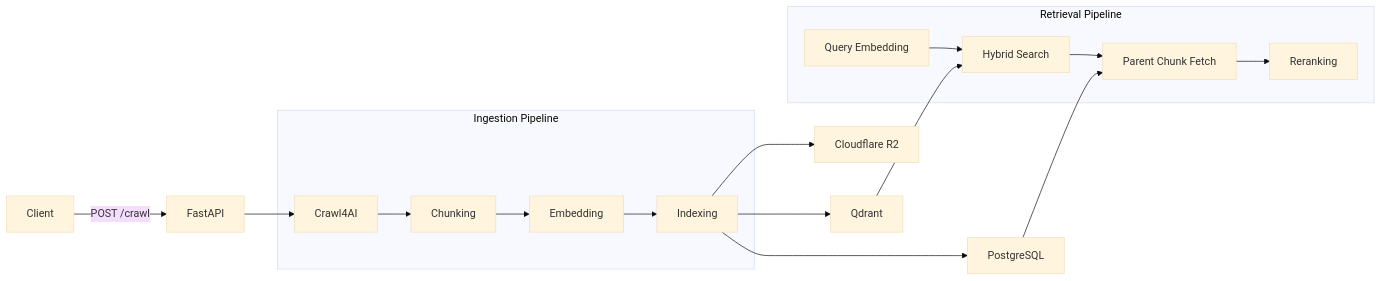
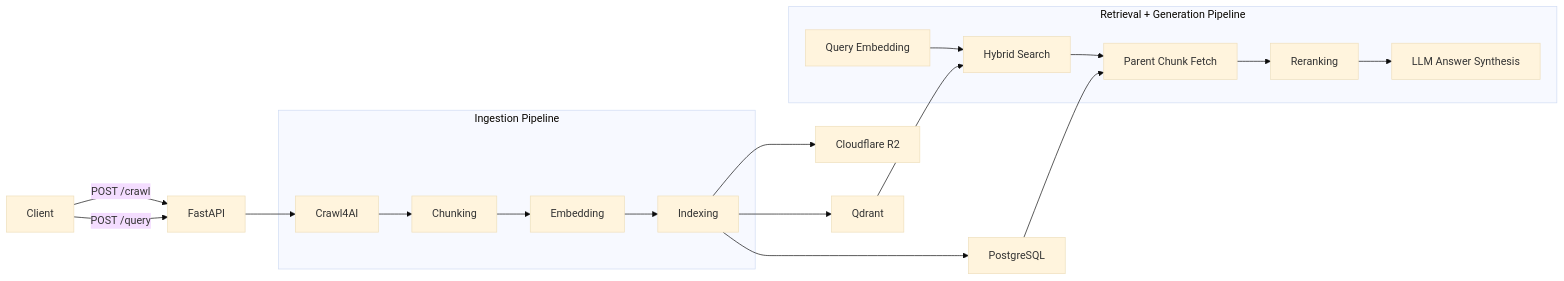
Before and after one commit to f00hy/rag-project: the diagram in README.md, drawn with Mermaid (base theme). The commit also changed other lines of this file, not shown here.

````diff
--- a/README.md
+++ b/README.md
@@ -42,21 +42,23 @@
 ```mermaid
 flowchart LR
     Client -->|"POST /crawl"| FastAPI
+    Client -->|"POST /query"| FastAPI
 
     subgraph ingestion [Ingestion Pipeline]
         Crawl4AI --> Chunking --> Embedding --> Indexing
     end
 
-    subgraph retrieval ["Retrieval Pipeline"]
+    subgraph retrieval ["Retrieval + Generation Pipeline"]
         QueryEmbed["Query Embedding"] --> HybridSearch["Hybrid Search"] --> ParentFetch["Parent Chunk Fetch"] --> Reranking
+        Reranking --> LLMAnswer["LLM Answer Synthesis"]
     end
 
     FastAPI --> Crawl4AI
 
     Indexing --> R2["Cloudflare R2"]
     Indexing --> Qdrant
     Indexing --> PostgreSQL
 
     Qdrant --> HybridSearch
     PostgreSQL --> ParentFetch
 ```
````
